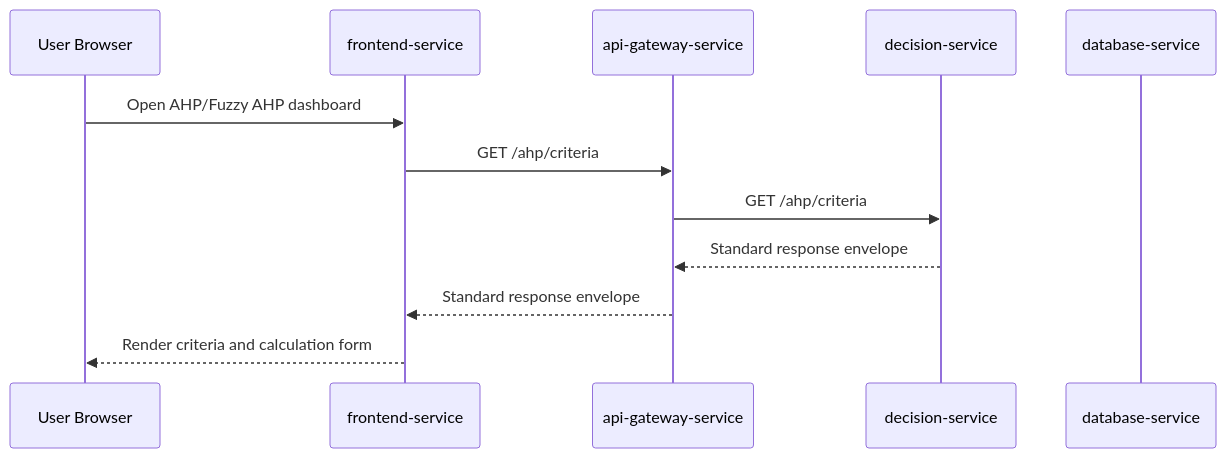
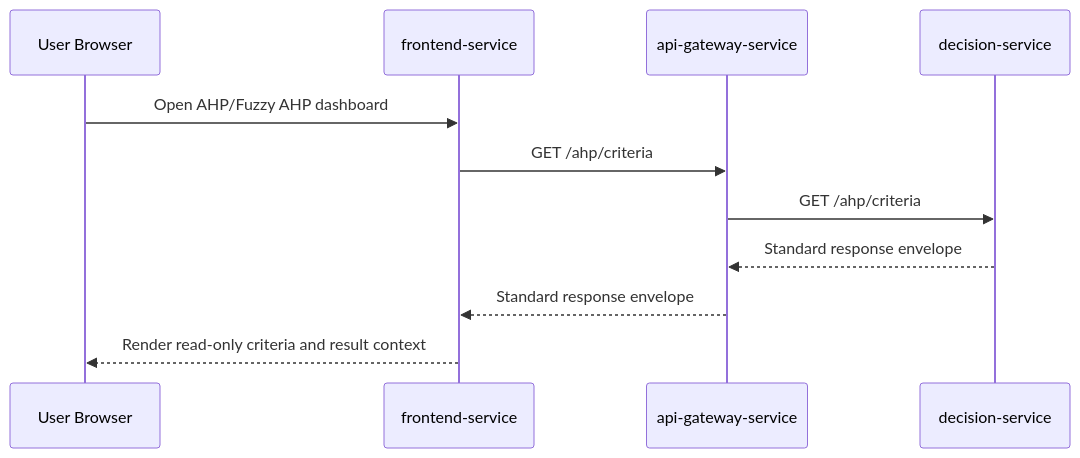
The second of 2 diagrams in docs/microservices/architecture.md (ahmadzkh/SentiRank), drawn with Mermaid before and after one commit. The commit also changed other lines of this file and 5 other files, not shown here.

````diff
--- a/docs/microservices/architecture.md
+++ b/docs/microservices/architecture.md
@@ -50,15 +102,14 @@
 ```mermaid
 sequenceDiagram
     participant User as User Browser
     participant FE as frontend-service
     participant GW as api-gateway-service
     participant DS as decision-service
-    participant DB as database-service
 
     User->>FE: Open AHP/Fuzzy AHP dashboard
     FE->>GW: GET /ahp/criteria
     GW->>DS: GET /ahp/criteria
     DS-->>GW: Standard response envelope
     GW-->>FE: Standard response envelope
-    FE-->>User: Render criteria and calculation form
+    FE-->>User: Render read-only criteria and result context
 ```
````
